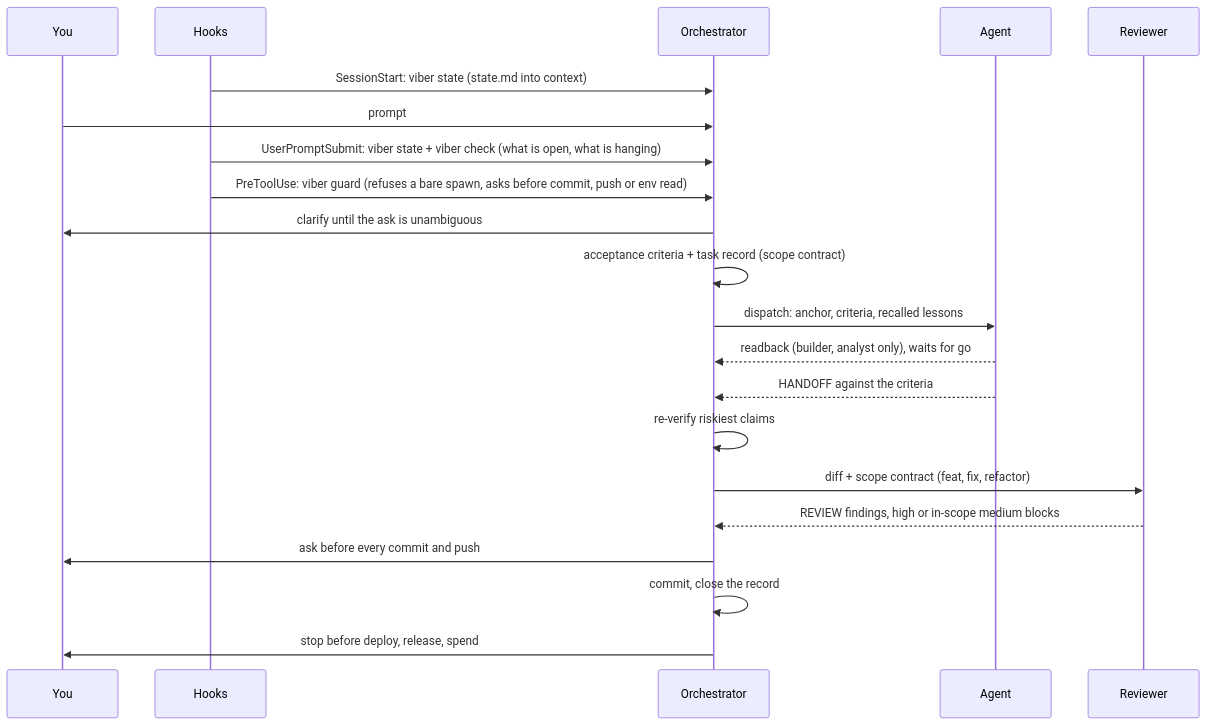
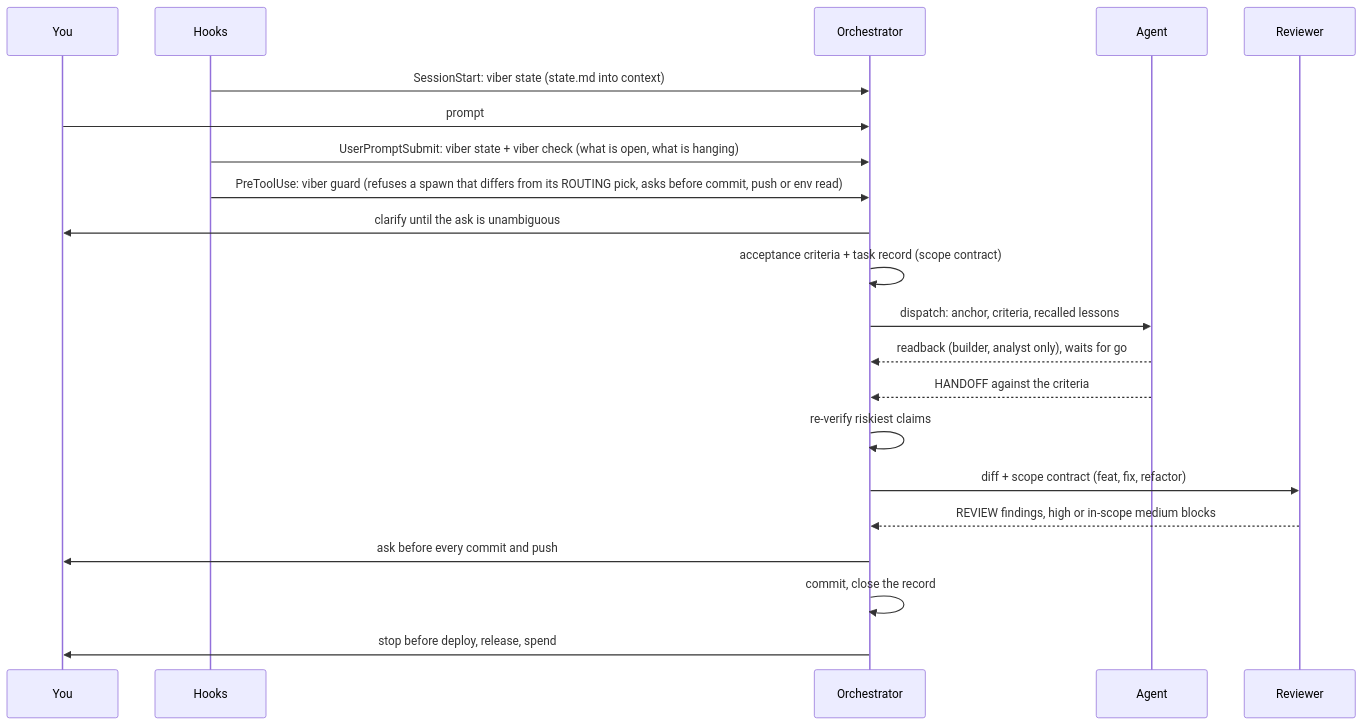
One commit to dangnhh92/viber-harness changed the first of 4 diagrams in README.md. Above: the diagram before and after it, drawn with Mermaid. The commit also changed other lines of this file and 3 other files, not shown here.

````diff
--- a/README.md
+++ b/README.md
@@ -19,23 +19,23 @@
 ```mermaid
 sequenceDiagram
     participant You
     participant Hooks
     participant Orchestrator
     participant Agent
     participant Reviewer
     Hooks->>Orchestrator: SessionStart: viber state (state.md into context)
     You->>Orchestrator: prompt
     Hooks->>Orchestrator: UserPromptSubmit: viber state + viber check (what is open, what is hanging)
-    Hooks->>Orchestrator: PreToolUse: viber guard (refuses a bare spawn, asks before commit, push or env read)
+    Hooks->>Orchestrator: PreToolUse: viber guard (refuses a spawn that differs from its ROUTING pick, asks before commit, push or env read)
     Orchestrator->>You: clarify until the ask is unambiguous
     Orchestrator->>Orchestrator: acceptance criteria + task record (scope contract)
     Orchestrator->>Agent: dispatch: anchor, criteria, recalled lessons
     Agent-->>Orchestrator: readback (builder, analyst only), waits for go
     Agent-->>Orchestrator: HANDOFF against the criteria
     Orchestrator->>Orchestrator: re-verify riskiest claims
     Orchestrator->>Reviewer: diff + scope contract (feat, fix, refactor)
     Reviewer-->>Orchestrator: REVIEW findings, high or in-scope medium blocks
     Orchestrator->>You: ask before every commit and push
     Orchestrator->>Orchestrator: commit, close the record
     Orchestrator->>You: stop before deploy, release, spend
 ```
````
